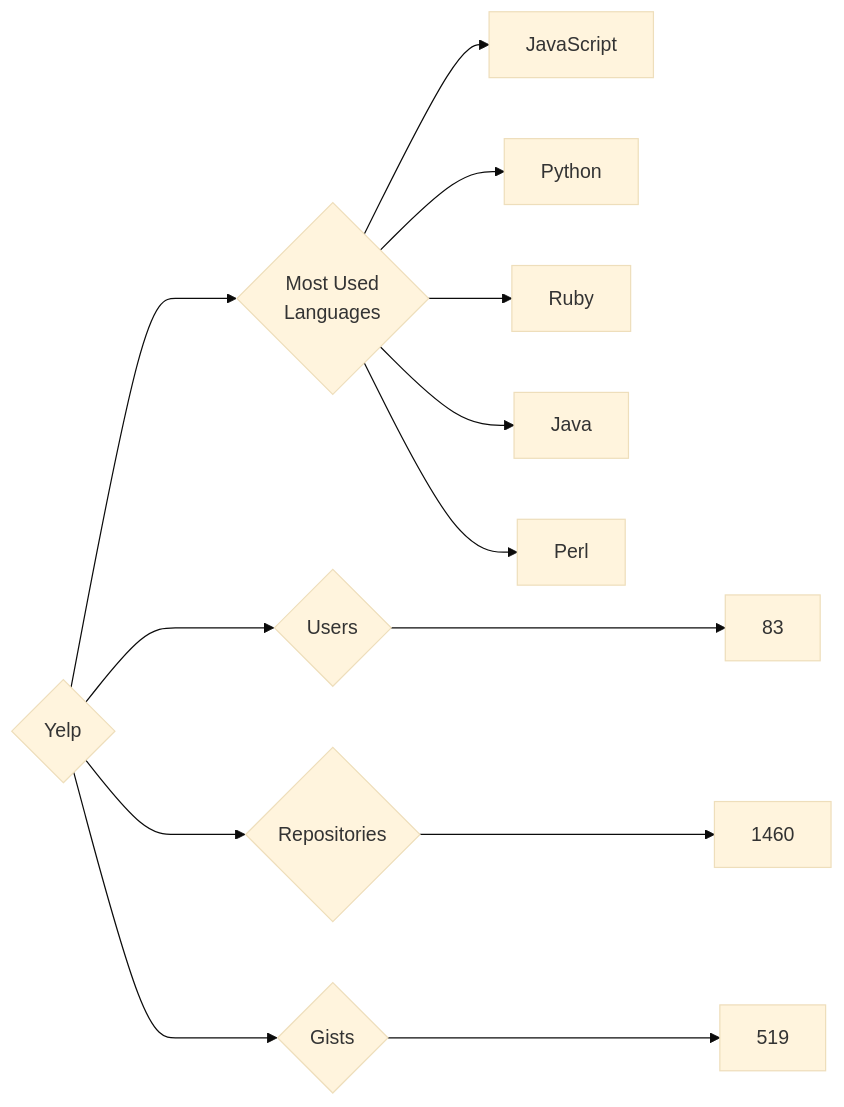
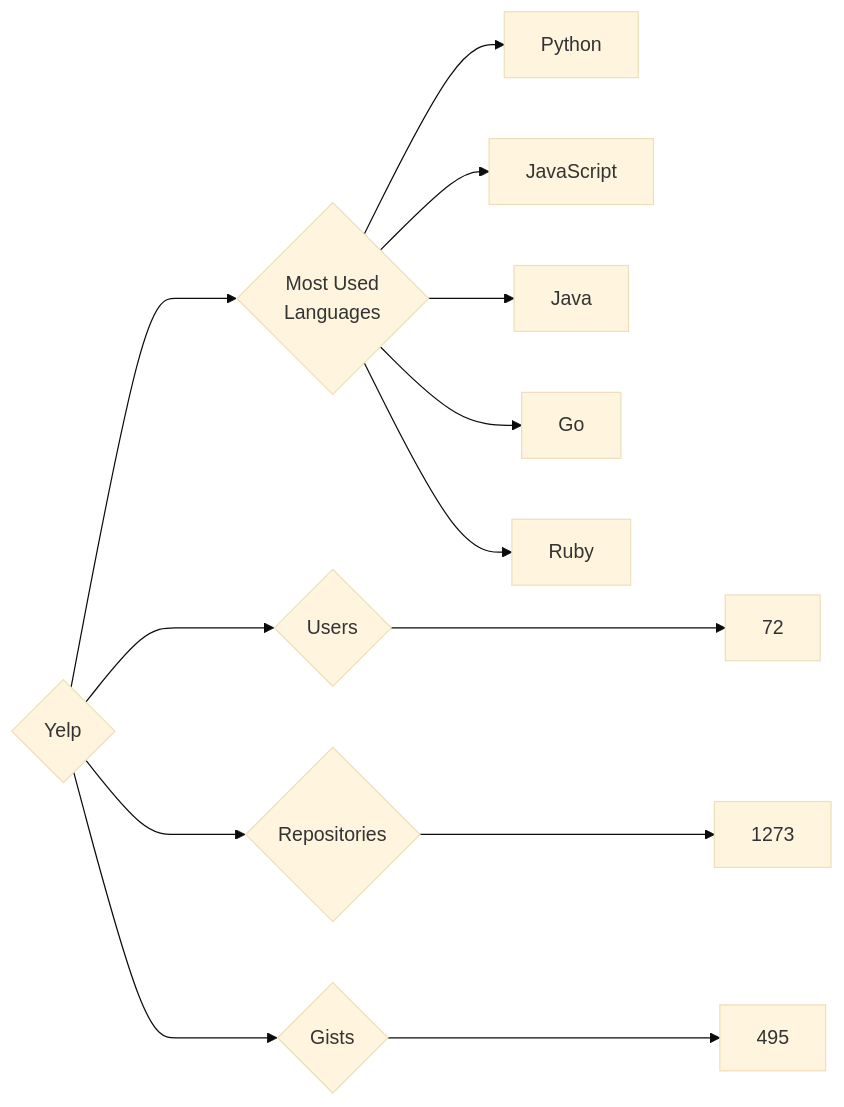
The diagram in targets/Yelp/README.md (trickest/insiders), drawn with Mermaid (base theme) before and after one commit. The commit also changed 806 other files, not shown here.

````diff
--- a/targets/Yelp/README.md
+++ b/targets/Yelp/README.md
@@ -3,13 +3,13 @@
 ```mermaid
 graph LR
 COMPANY_NAME{Yelp}
-COMPANY_NAME ---> U{Users} ---> UN[83]
-COMPANY_NAME ---> R{Repositories} ---> RN[1460]
-COMPANY_NAME ---> G{Gists} ---> GN[519]
+COMPANY_NAME ---> U{Users} ---> UN[72]
+COMPANY_NAME ---> R{Repositories} ---> RN[1273]
+COMPANY_NAME ---> G{Gists} ---> GN[495]
 COMPANY_NAME ---> ML{Most Used<br>Languages}
+ML --> Python[Python]
 ML --> JavaScript[JavaScript]
-ML --> Python[Python]
+ML --> Java[Java]
+ML --> Go[Go]
 ML --> Ruby[Ruby]
-ML --> Java[Java]
-ML --> Perl[Perl]
 ```
````
